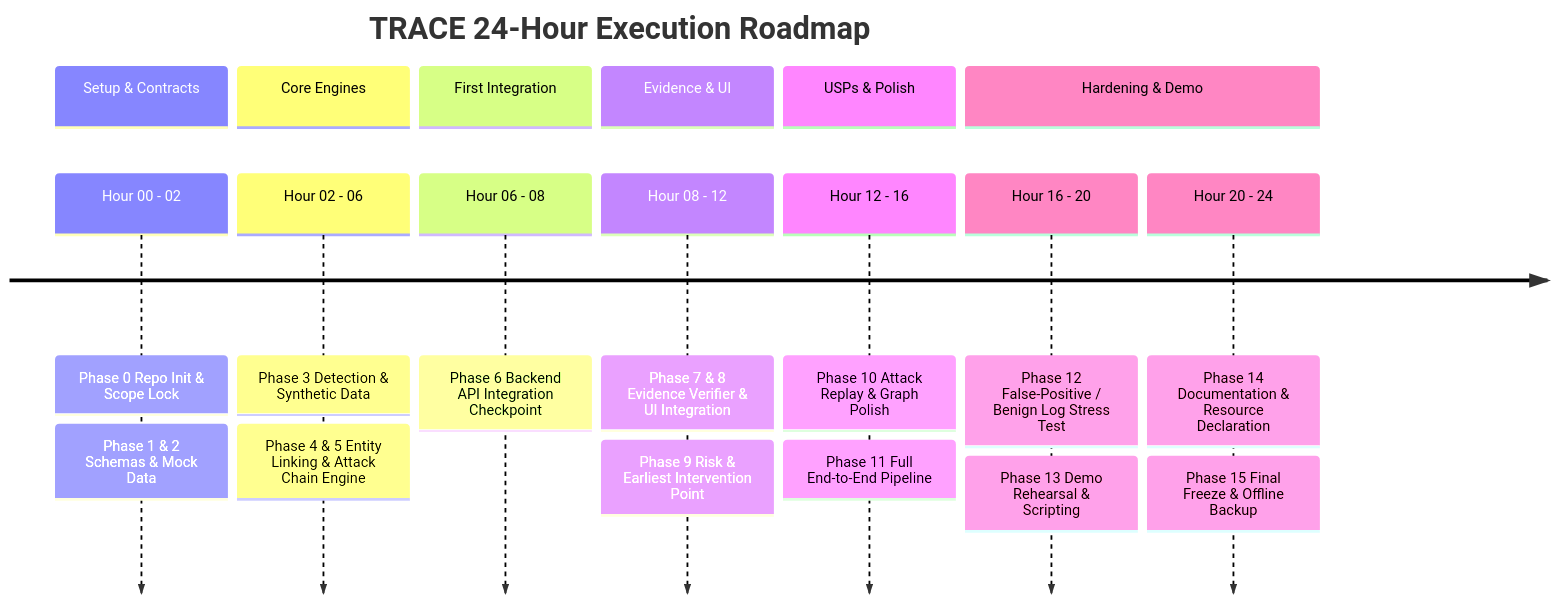
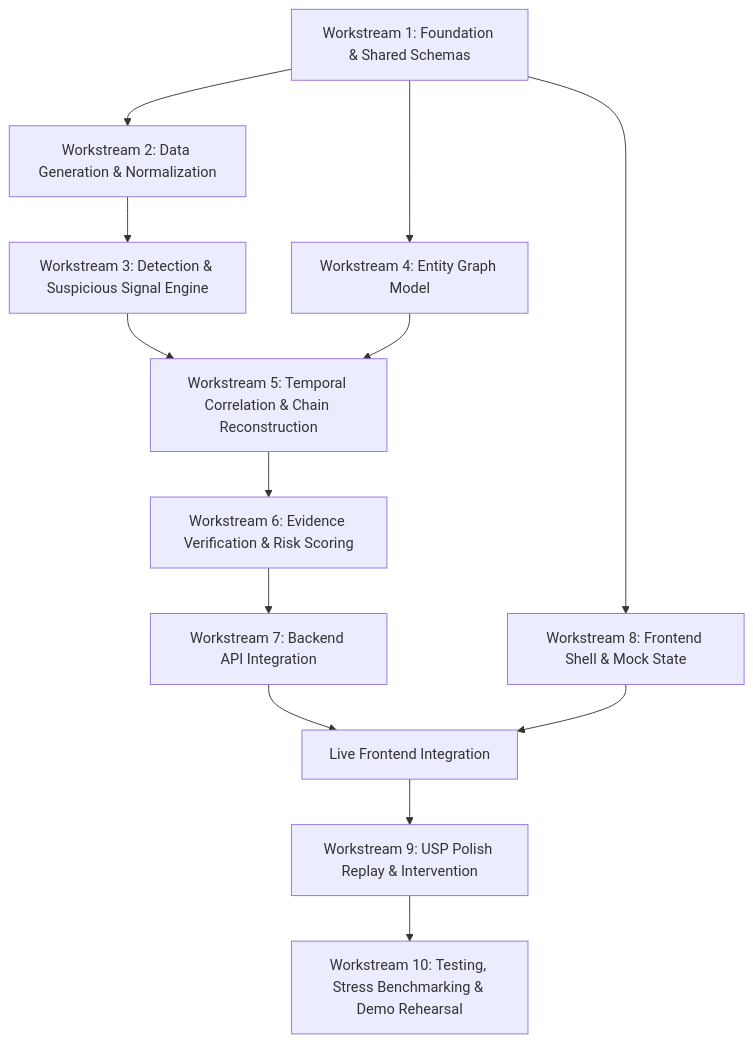
One commit to PERRY-YASMIN/Real-Time-Financial-Fraud-Intelligence- changed the diagram in plan.md. Above: the diagram before and after it, drawn with Mermaid. The commit also changed other lines of this file and 1 other file, not shown here.

Commit message:
[DOCS] Refactor plan.md as living plan and update usp.md product specification

````diff
--- a/plan.md
+++ b/plan.md
@@ -48,23 +78,16 @@
 ```mermaid
-timeline
-    title TRACE 24-Hour Execution Roadmap
-    section Setup & Contracts
-        Hour 00 - 02 : Phase 0 Repo Init & Scope Lock
-                     : Phase 1 & 2 Schemas & Mock Data
-    section Core Engines
-        Hour 02 - 06 : Phase 3 Detection & Synthetic Data
-                     : Phase 4 & 5 Entity Linking & Attack Chain Engine
-    section First Integration
-        Hour 06 - 08 : Phase 6 Backend API Integration Checkpoint
-    section Evidence & UI
-        Hour 08 - 12 : Phase 7 & 8 Evidence Verifier & UI Integration
-                     : Phase 9 Risk & Earliest Intervention Point
-    section USPs & Polish
-        Hour 12 - 16 : Phase 10 Attack Replay & Graph Polish
-                     : Phase 11 Full End-to-End Pipeline
-    section Hardening & Demo
-        Hour 16 - 20 : Phase 12 False-Positive / Benign Log Stress Test
-                     : Phase 13 Demo Rehearsal & Scripting
-        Hour 20 - 24 : Phase 14 Documentation & Resource Declaration
-                     : Phase 15 Final Freeze & Offline Backup
+flowchart TD
+    W1[Workstream 1: Foundation & Shared Schemas] --> W2[Workstream 2: Data Generation & Normalization]
+    W1 --> W4[Workstream 4: Entity Graph Model]
+    W1 --> W8[Workstream 8: Frontend Shell & Mock State]
+    
+    W2 --> W3[Workstream 3: Detection & Suspicious Signal Engine]
+    W3 & W4 --> W5[Workstream 5: Temporal Correlation & Chain Reconstruction]
+    
+    W5 --> W6[Workstream 6: Evidence Verification & Risk Scoring]
+    W6 --> W7[Workstream 7: Backend API Integration]
+    
+    W7 & W8 --> W8B[Live Frontend Integration]
+    W8B --> W9[Workstream 9: USP Polish Replay & Intervention]
+    W9 --> W10[Workstream 10: Testing, Stress Benchmarking & Demo Rehearsal]
 ```
````
